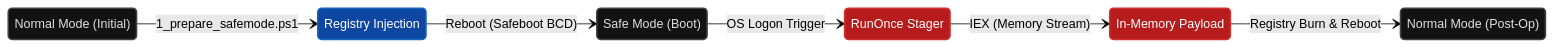
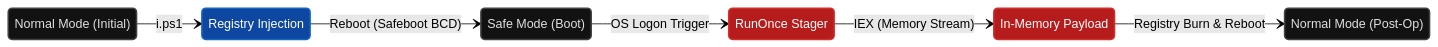
The diagram in README.md (FeelTheFonk/killSlop), drawn with Mermaid (forest theme) before and after one commit. The commit also changed other lines of this file and 7 other files, not shown here.

````diff
--- a/README.md
+++ b/README.md
@@ -15,25 +17,25 @@
 ```mermaid
 stateDiagram-v2
     direction LR
 
     classDef dark fill:#121212,stroke:#424242,stroke-width:2px,color:#e0e0e0
     classDef inject fill:#0d47a1,stroke:#1565c0,stroke-width:2px,color:#fff
     classDef mem fill:#b71c1c,stroke:#d32f2f,stroke-width:2px,color:#fff
 
     state "Normal Mode (Initial)" as NM1
     state "Registry Injection" as RegInj
     state "Safe Mode (Boot)" as SM_Boot
     state "RunOnce Stager" as SM_Stager
     state "In-Memory Payload" as SM_Mem
     state "Normal Mode (Post-Op)" as NM2
 
-    NM1 --> RegInj : 1_prepare_safemode.ps1
+    NM1 --> RegInj : i.ps1
     RegInj --> SM_Boot : Reboot (Safeboot BCD)
     SM_Boot --> SM_Stager : OS Logon Trigger
     SM_Stager --> SM_Mem : IEX (Memory Stream)
     SM_Mem --> NM2 : Registry Burn & Reboot
 
     class NM1,NM2,SM_Boot dark
     class RegInj inject
     class SM_Stager,SM_Mem mem
 ```
````
